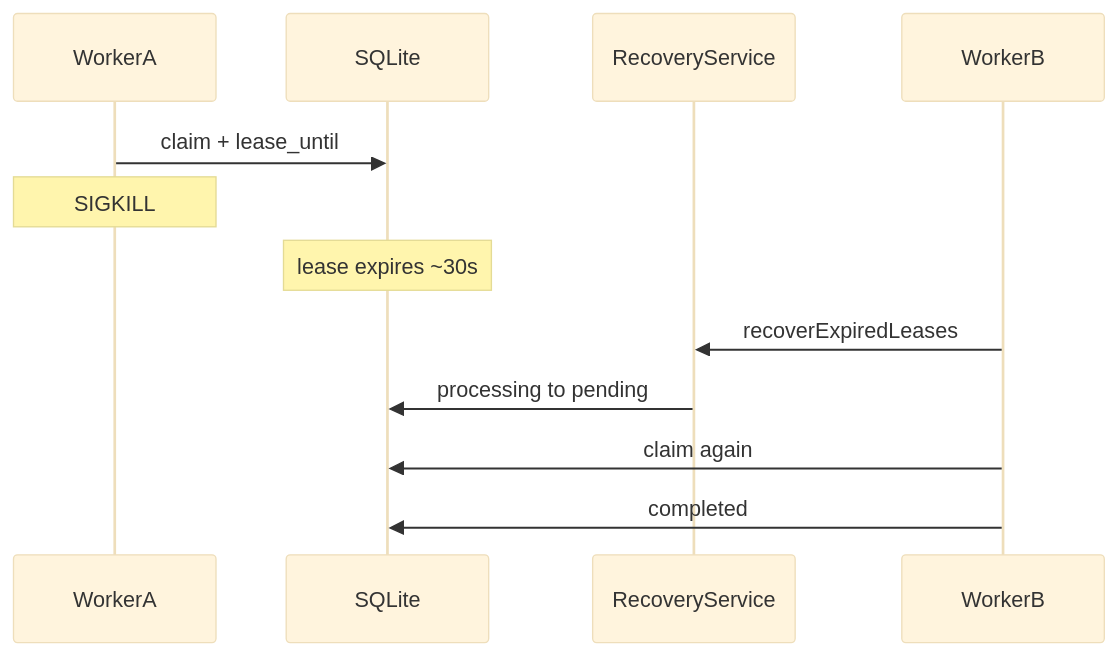
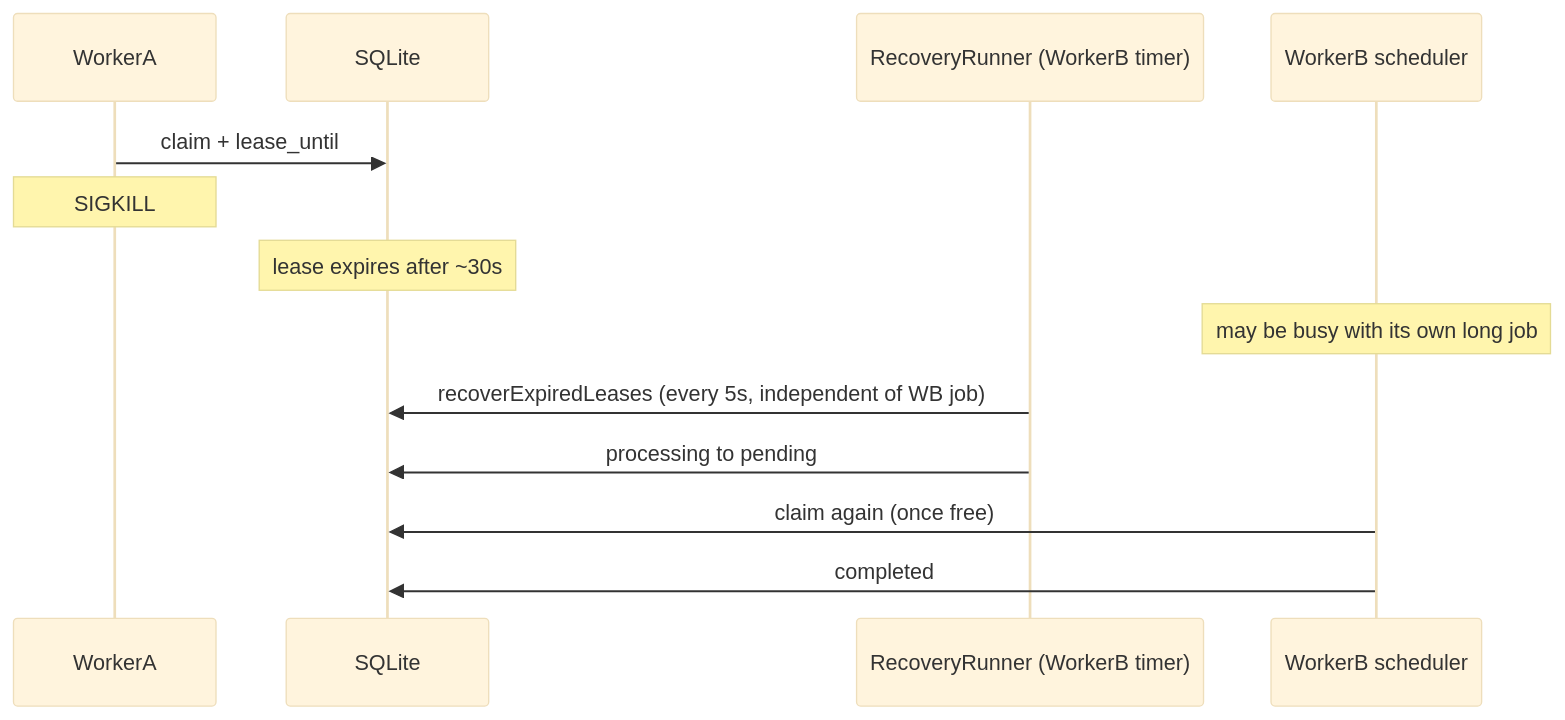
The seventh of 10 diagrams in README.md (tejash05/queuectl), drawn with Mermaid (base theme) before and after one commit. The commit also changed other lines of this file and 25 other files, not shown here.

````diff
--- a/README.md
+++ b/README.md
@@ -260,15 +263,16 @@
 ```mermaid
 sequenceDiagram
   participant WA as WorkerA
   participant DB as SQLite
-  participant RS as RecoveryService
-  participant WB as WorkerB
+  participant RR as RecoveryRunner (WorkerB timer)
+  participant WB as WorkerB scheduler
 
   WA->>DB: claim + lease_until
   Note over WA: SIGKILL
-  Note over DB: lease expires ~30s
-  WB->>RS: recoverExpiredLeases
-  RS->>DB: processing to pending
-  WB->>DB: claim again
+  Note over DB: lease expires after ~30s
+  Note over WB: may be busy with its own long job
+  RR->>DB: recoverExpiredLeases (every 5s, independent of WB job)
+  RR->>DB: processing to pending
+  WB->>DB: claim again (once free)
   WB->>DB: completed
 ```
````
